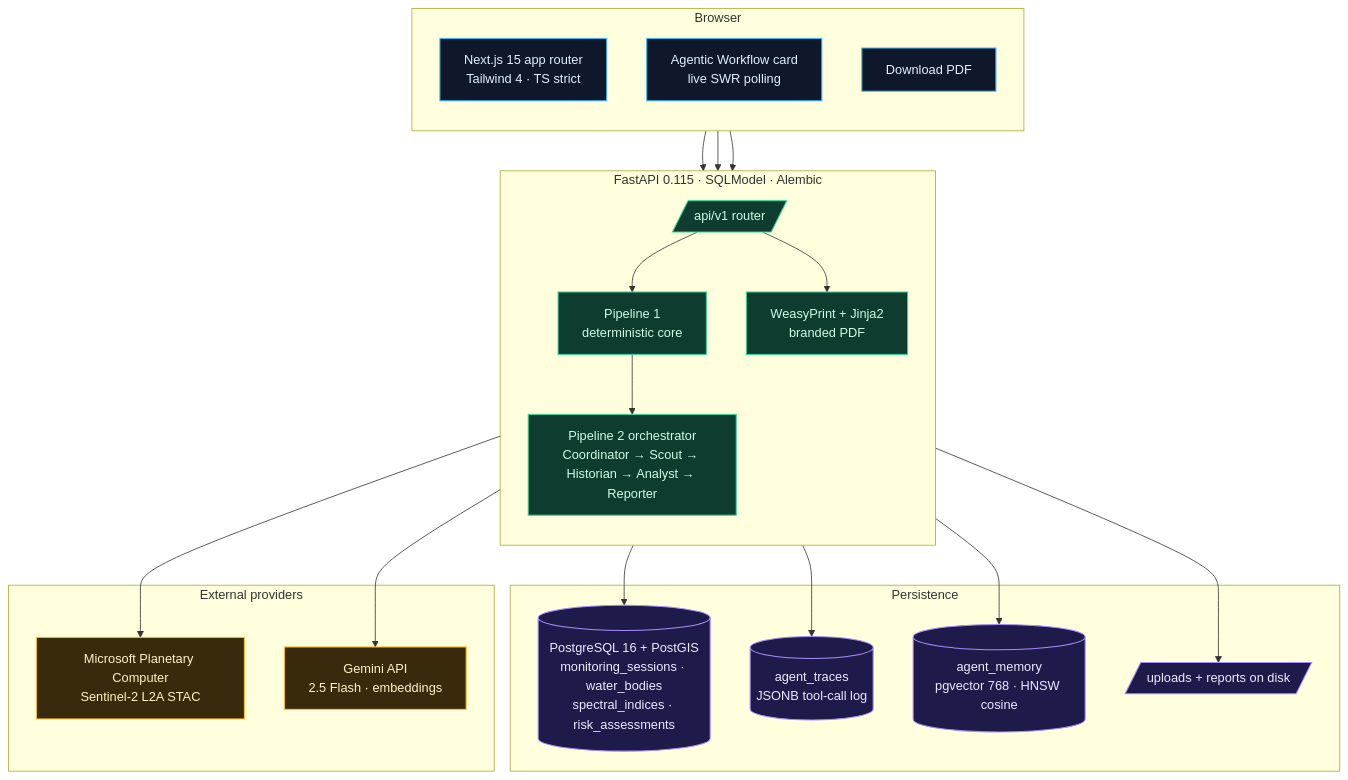
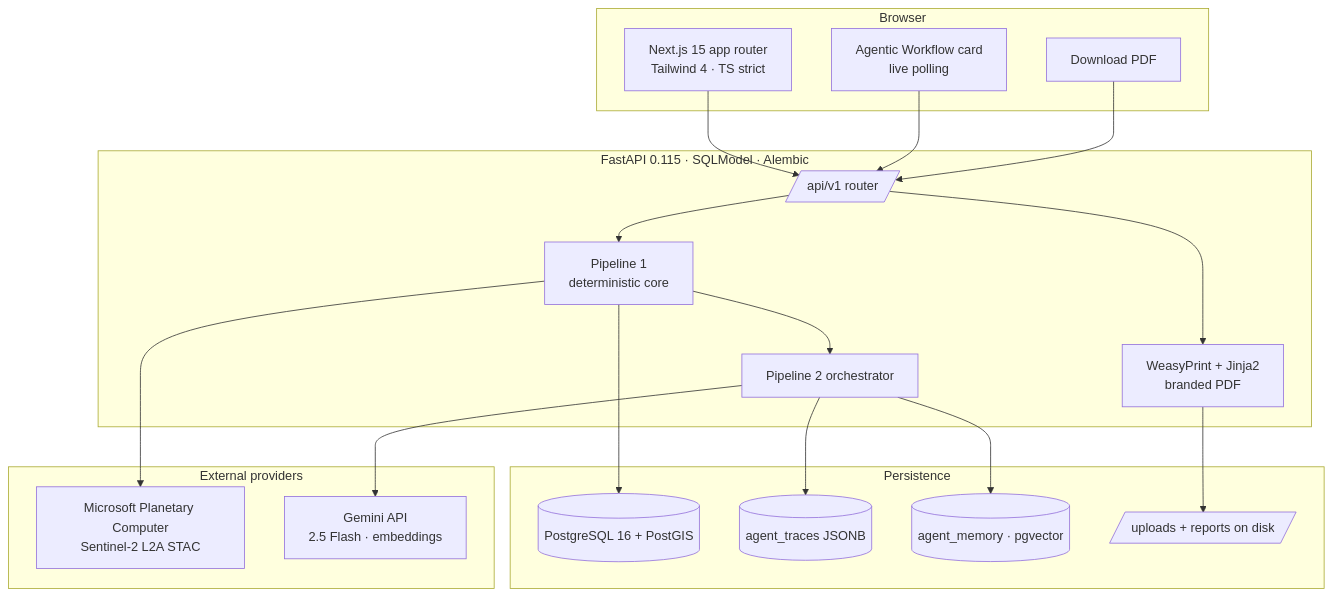
Before and after one commit to hasnainaliasghar/AquaLinks: the second of 2 diagrams in README.md, drawn with Mermaid. The commit also changed other lines of this file and 1 other file, not shown here.

````diff
--- a/README.md
+++ b/README.md
@@ -113,51 +114,40 @@
 ```mermaid
 flowchart TB
     subgraph Client[Browser]
-        direction TB
         UI[Next.js 15 app router<br/>Tailwind 4 · TS strict]
-        TRACE[Agentic Workflow card<br/>live SWR polling]
+        TRACE[Agentic Workflow card<br/>live polling]
         PDFBTN[Download PDF]
     end
 
     subgraph Backend[FastAPI 0.115 · SQLModel · Alembic]
-        direction TB
         API[/api/v1 router/]
         PIPE[Pipeline 1<br/>deterministic core]
-        ORCH[Pipeline 2 orchestrator<br/>Coordinator → Scout → Historian → Analyst → Reporter]
+        ORCH[Pipeline 2 orchestrator]
         REPORT[WeasyPrint + Jinja2<br/>branded PDF]
     end
 
     subgraph Data[Persistence]
-        PG[(PostgreSQL 16 + PostGIS<br/>monitoring_sessions · water_bodies<br/>spectral_indices · risk_assessments)]
-        TR[(agent_traces<br/>JSONB tool-call log)]
-        MEM[(agent_memory<br/>pgvector 768 · HNSW cosine)]
+        PG[(PostgreSQL 16 + PostGIS)]
+        TR[(agent_traces JSONB)]
+        MEM[(agent_memory · pgvector)]
         DISK[/uploads + reports on disk/]
     end
 
     subgraph External[External providers]
         STAC[Microsoft Planetary Computer<br/>Sentinel-2 L2A STAC]
         GEMINI[Gemini API<br/>2.5 Flash · embeddings]
     end
 
     UI --> API
     TRACE --> API
     PDFBTN --> API
     API --> PIPE
     PIPE --> ORCH
     PIPE --> PG
     ORCH --> TR
     ORCH --> MEM
     PIPE --> STAC
     ORCH --> GEMINI
     API --> REPORT
     REPORT --> DISK
-
-    classDef client fill:#0f172a,stroke:#38bdf8,color:#e0f2fe,stroke-width:1.3px;
-    classDef backend fill:#0e3c2f,stroke:#34d399,color:#d1fae5,stroke-width:1.3px;
-    classDef data fill:#1e1b4b,stroke:#a78bfa,color:#ede9fe,stroke-width:1.3px;
-    classDef ext fill:#3a2a0c,stroke:#fbbf24,color:#fef3c7,stroke-width:1.3px;
-    class UI,TRACE,PDFBTN client;
-    class API,PIPE,ORCH,REPORT backend;
-    class PG,TR,MEM,DISK data;
-    class STAC,GEMINI ext;
 ```
````
